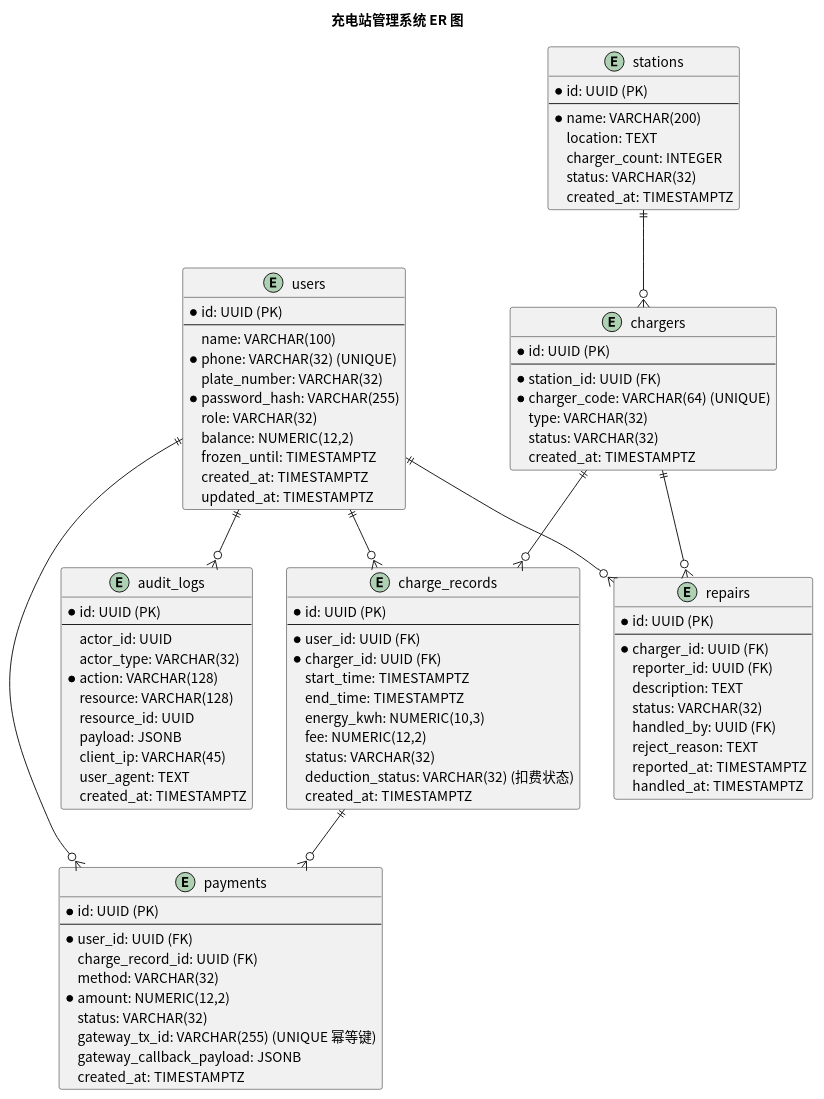
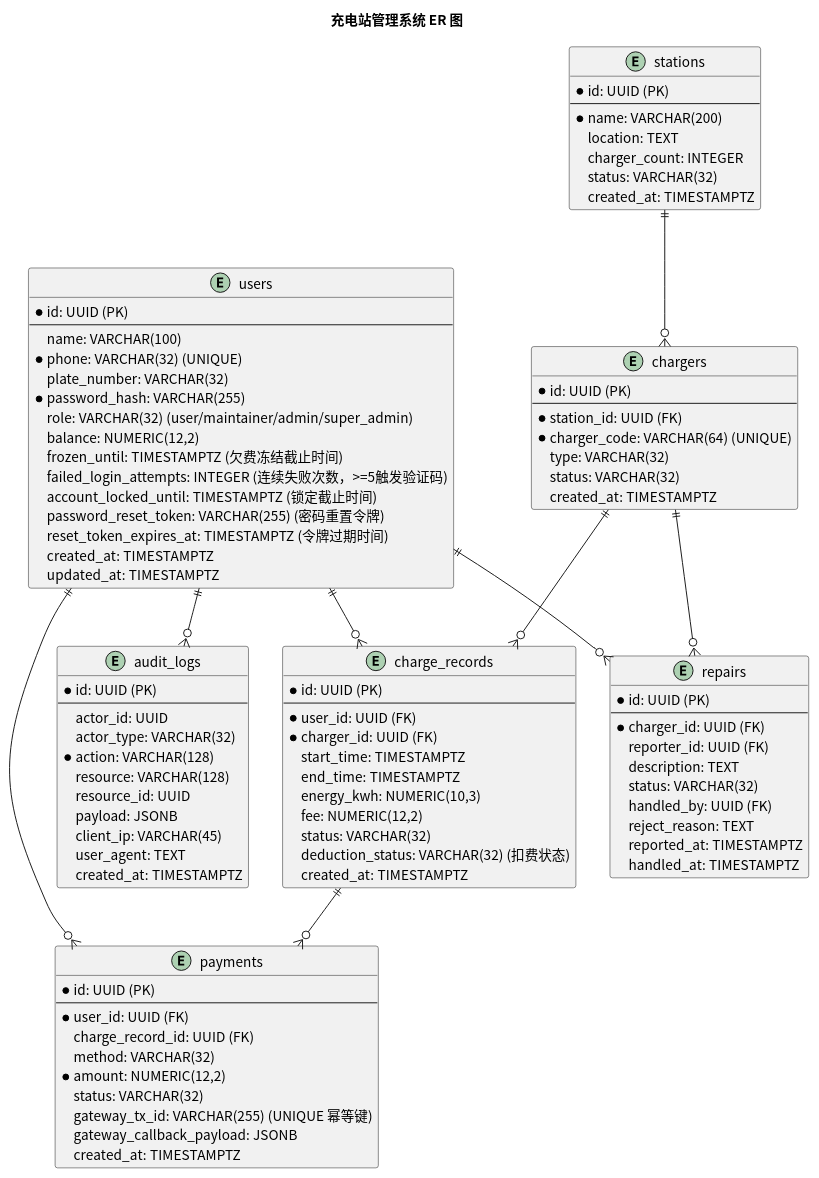
One commit to greenhandzdl/charging-station-doc changed the diagram in usecase/docs/database/src/er_diagram.puml. Above: the diagram before and after it, drawn with PlantUML. The commit also changed 16 other files, not shown here.

First line of the commit message:
fix: 架构与安全评估修复 — 类图/用例图/时序图/数据库一致性补全

```diff
--- a/usecase/docs/database/src/er_diagram.puml
+++ b/usecase/docs/database/src/er_diagram.puml
@@ -1,102 +1,106 @@
 @startuml
 skinparam defaultFontName "Noto Sans CJK SC"
 skinparam defaultFontSize 14
 title 充电站管理系统 ER 图
 
 entity users {
   *id: UUID (PK)
   --
   name: VARCHAR(100)
   *phone: VARCHAR(32) (UNIQUE)
   plate_number: VARCHAR(32)
   *password_hash: VARCHAR(255)
-  role: VARCHAR(32)
+  role: VARCHAR(32) (user/maintainer/admin/super_admin)
   balance: NUMERIC(12,2)
-  frozen_until: TIMESTAMPTZ
+  frozen_until: TIMESTAMPTZ (欠费冻结截止时间)
+  failed_login_attempts: INTEGER (连续失败次数，>=5触发验证码)
+  account_locked_until: TIMESTAMPTZ (锁定截止时间)
+  password_reset_token: VARCHAR(255) (密码重置令牌)
+  reset_token_expires_at: TIMESTAMPTZ (令牌过期时间)
   created_at: TIMESTAMPTZ
   updated_at: TIMESTAMPTZ
 }
 
 entity stations {
   *id: UUID (PK)
   --
   *name: VARCHAR(200)
   location: TEXT
   charger_count: INTEGER
   status: VARCHAR(32)
   created_at: TIMESTAMPTZ
 }
 
 entity chargers {
   *id: UUID (PK)
   --
   *station_id: UUID (FK)
   *charger_code: VARCHAR(64) (UNIQUE)
   type: VARCHAR(32)
   status: VARCHAR(32)
   created_at: TIMESTAMPTZ
 }
 
 entity charge_records {
   *id: UUID (PK)
   --
   *user_id: UUID (FK)
   *charger_id: UUID (FK)
   start_time: TIMESTAMPTZ
   end_time: TIMESTAMPTZ
   energy_kwh: NUMERIC(10,3)
   fee: NUMERIC(12,2)
   status: VARCHAR(32)
   deduction_status: VARCHAR(32) (扣费状态)
   created_at: TIMESTAMPTZ
 }
 
 entity payments {
   *id: UUID (PK)
   --
   *user_id: UUID (FK)
   charge_record_id: UUID (FK)
   method: VARCHAR(32)
   *amount: NUMERIC(12,2)
   status: VARCHAR(32)
   gateway_tx_id: VARCHAR(255) (UNIQUE 幂等键)
   gateway_callback_payload: JSONB
   created_at: TIMESTAMPTZ
 }
 
 entity repairs {
   *id: UUID (PK)
   --
   *charger_id: UUID (FK)
   reporter_id: UUID (FK)
   description: TEXT
   status: VARCHAR(32)
   handled_by: UUID (FK)
   reject_reason: TEXT
   reported_at: TIMESTAMPTZ
   handled_at: TIMESTAMPTZ
 }
 
 entity audit_logs {
   *id: UUID (PK)
   --
   actor_id: UUID
   actor_type: VARCHAR(32)
   *action: VARCHAR(128)
   resource: VARCHAR(128)
   resource_id: UUID
   payload: JSONB
   client_ip: VARCHAR(45)
   user_agent: TEXT
   created_at: TIMESTAMPTZ
 }
 
 stations ||--o{ chargers
 users ||--o{ charge_records
 chargers ||--o{ charge_records
 users ||--o{ payments
 charge_records ||--o{ payments
 users ||--o{ repairs
 chargers ||--o{ repairs
 users ||--o{ audit_logs
 @enduml
```
